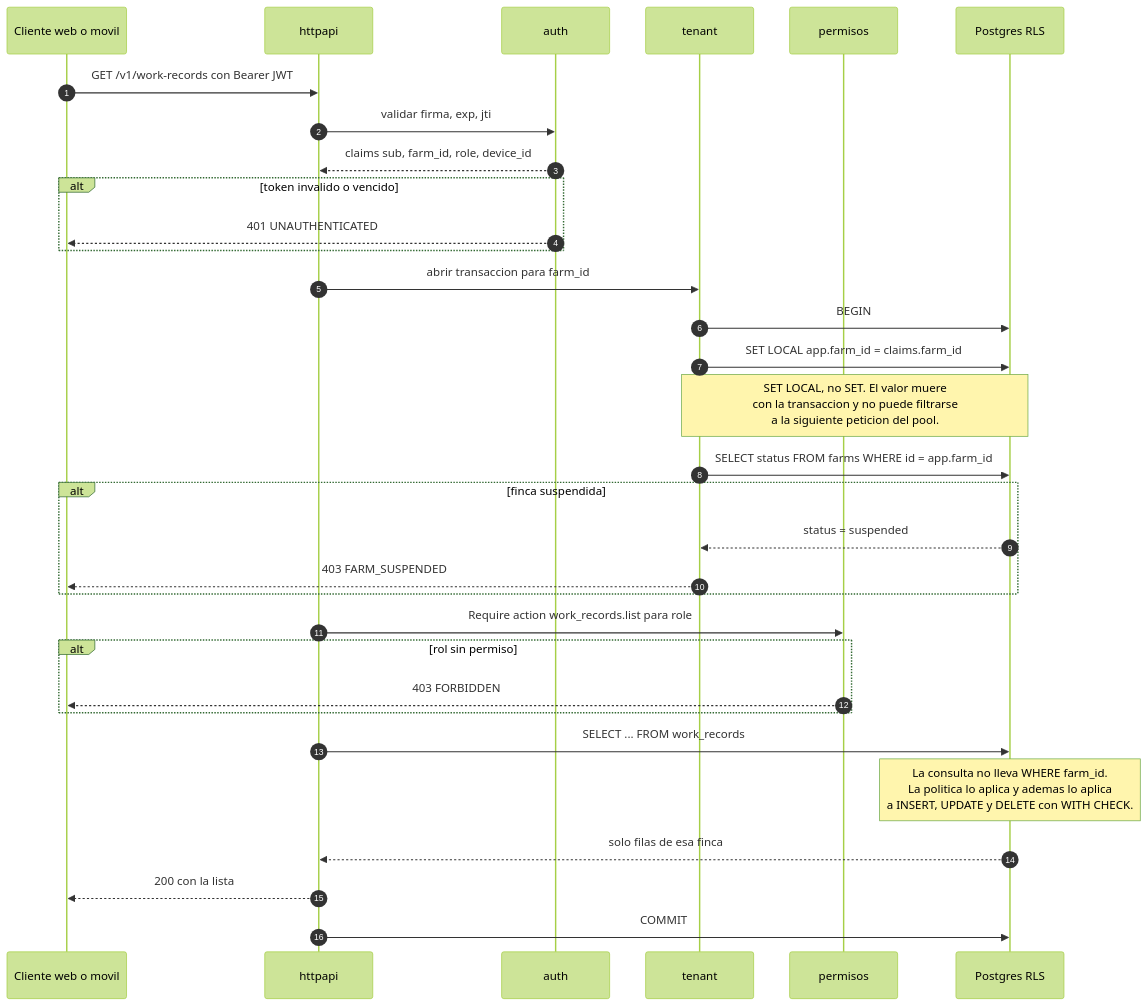
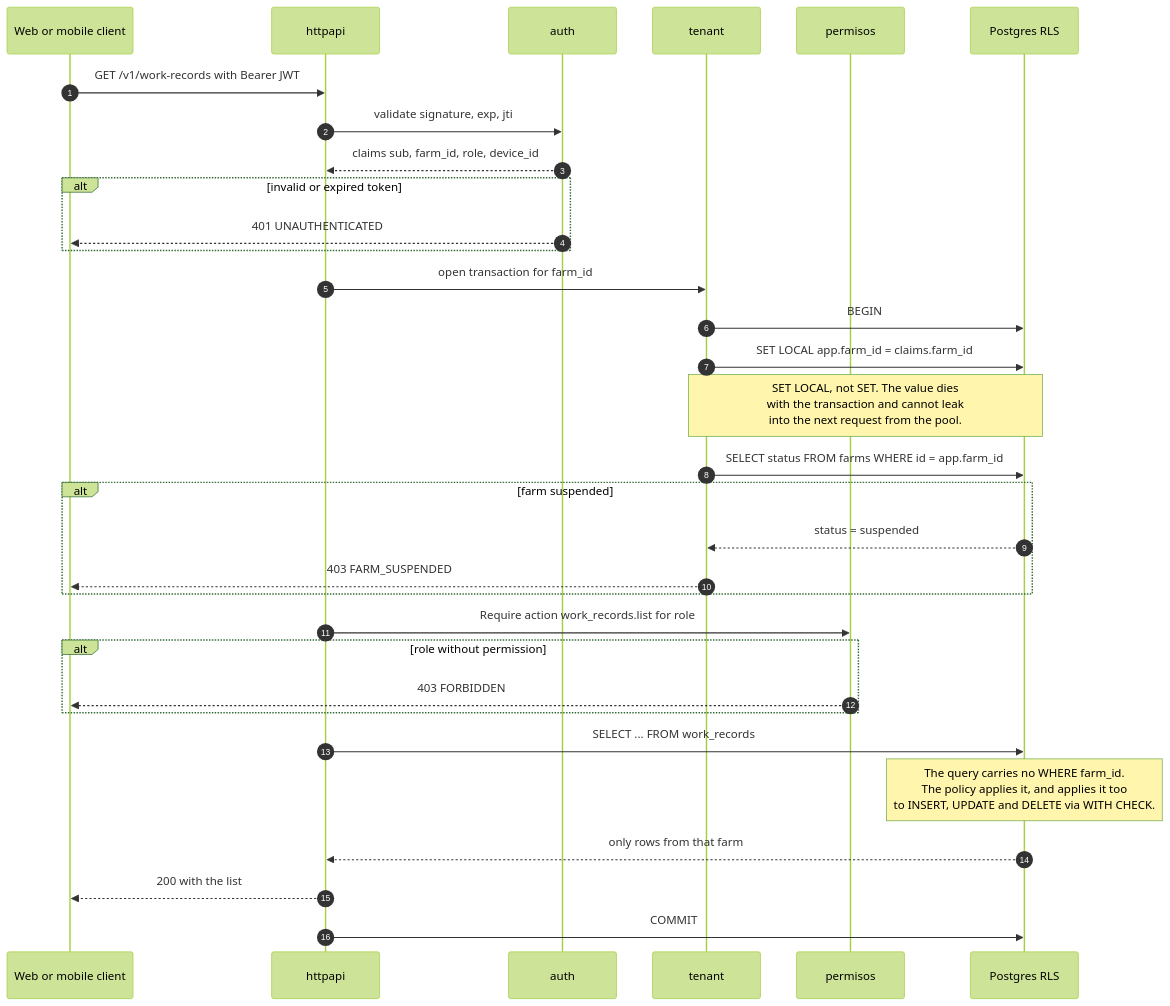
One commit to ojardila/bascula changed the sixth of 7 diagrams in docs/diagramas/sistema.md. Above: the diagram before and after it, drawn with Mermaid (forest theme). The commit also changed other lines of this file and 25 other files, not shown here.

````diff
--- a/docs/diagramas/sistema.md
+++ b/docs/diagramas/sistema.md
@@ -722,40 +724,40 @@
 ```mermaid
 sequenceDiagram
     autonumber
-    participant C as Cliente web o movil
+    participant C as Web or mobile client
     participant H as httpapi
     participant A as auth
     participant T as tenant
     participant P as permisos
     participant DB as Postgres RLS
 
-    C->>H: GET /v1/work-records con Bearer JWT
-    H->>A: validar firma, exp, jti
+    C->>H: GET /v1/work-records with Bearer JWT
+    H->>A: validate signature, exp, jti
     A-->>H: claims sub, farm_id, role, device_id
 
-    alt token invalido o vencido
+    alt invalid or expired token
         A-->>C: 401 UNAUTHENTICATED
     end
 
-    H->>T: abrir transaccion para farm_id
+    H->>T: open transaction for farm_id
     T->>DB: BEGIN
     T->>DB: SET LOCAL app.farm_id = claims.farm_id
-    Note over T,DB: SET LOCAL, no SET. El valor muere<br/>con la transaccion y no puede filtrarse<br/>a la siguiente peticion del pool.
+    Note over T,DB: SET LOCAL, not SET. The value dies<br/>with the transaction and cannot leak<br/>into the next request from the pool.
     T->>DB: SELECT status FROM farms WHERE id = app.farm_id
 
-    alt finca suspendida
+    alt farm suspended
         DB-->>T: status = suspended
         T-->>C: 403 FARM_SUSPENDED
     end
 
-    H->>P: Require action work_records.list para role
-    alt rol sin permiso
+    H->>P: Require action work_records.list for role
+    alt role without permission
         P-->>C: 403 FORBIDDEN
     end
 
     H->>DB: SELECT ... FROM work_records
-    Note over DB: La consulta no lleva WHERE farm_id.<br/>La politica lo aplica y ademas lo aplica<br/>a INSERT, UPDATE y DELETE con WITH CHECK.
-    DB-->>H: solo filas de esa finca
-    H-->>C: 200 con la lista
+    Note over DB: The query carries no WHERE farm_id.<br/>The policy applies it, and applies it too<br/>to INSERT, UPDATE and DELETE via WITH CHECK.
+    DB-->>H: only rows from that farm
+    H-->>C: 200 with the list
     H->>DB: COMMIT
 ```
````
